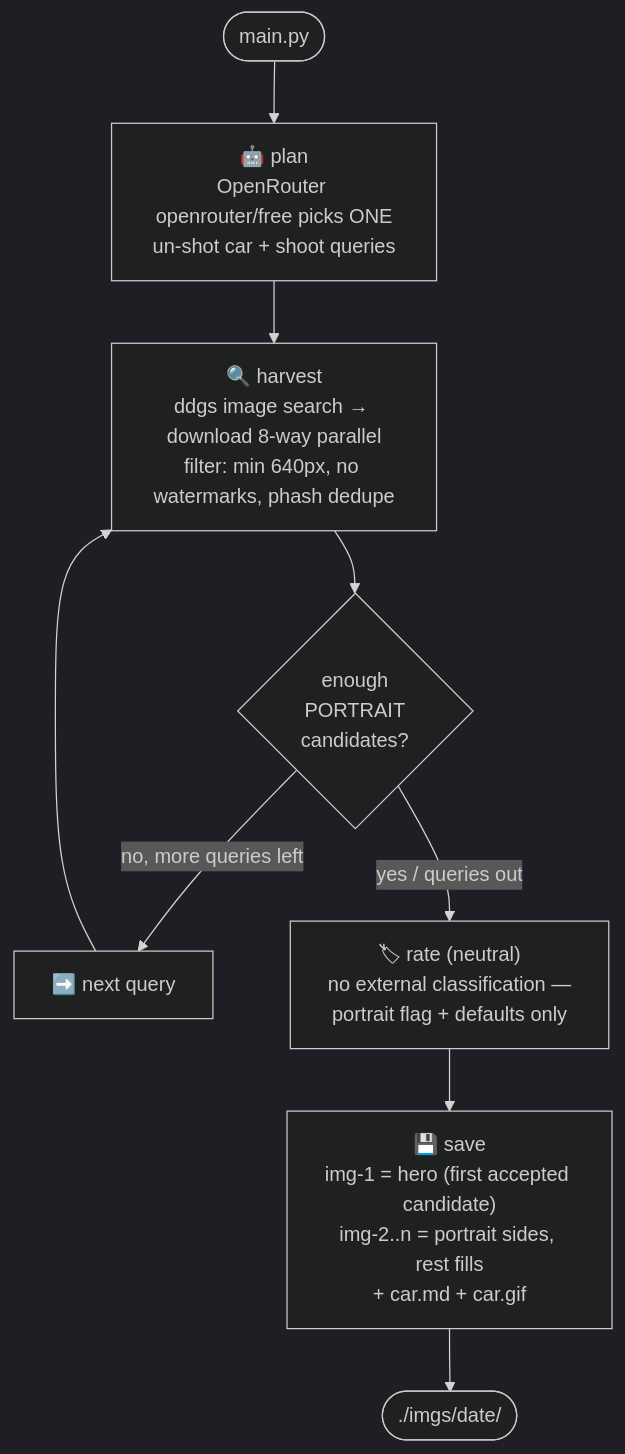
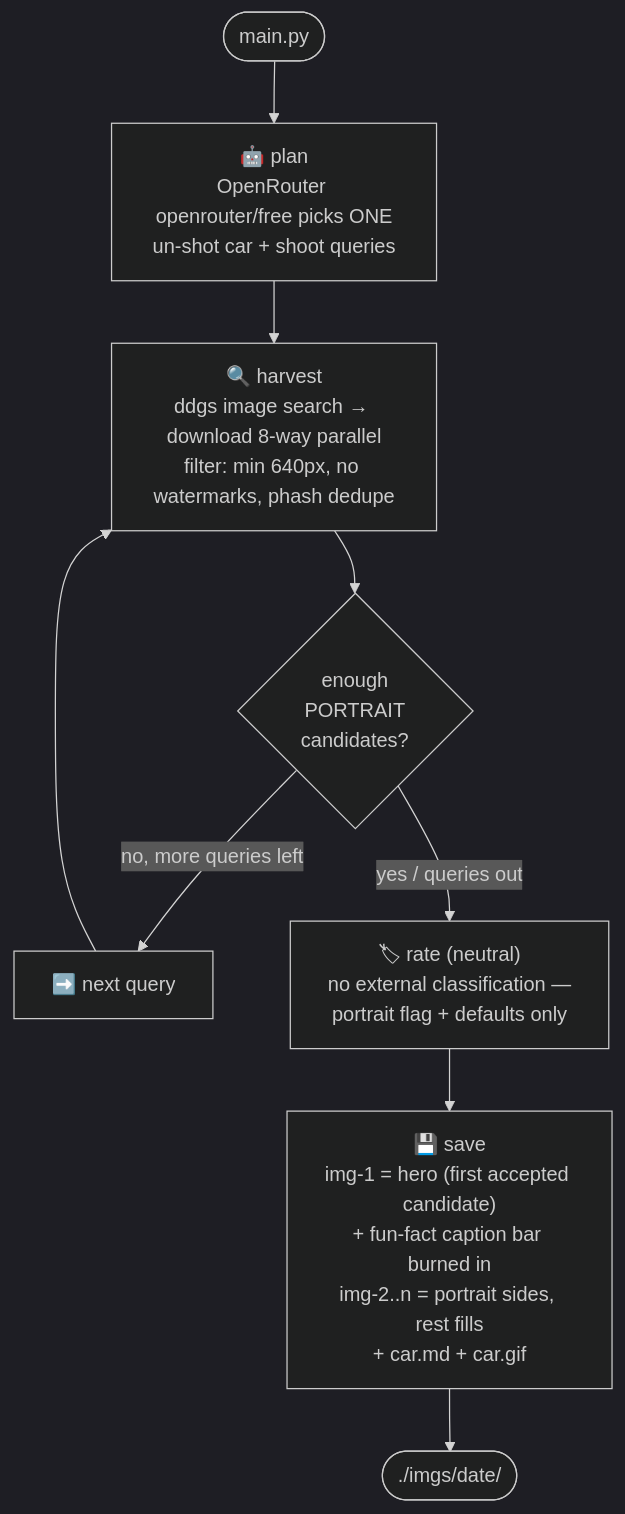
The first of 4 diagrams in README.md (Abdulhadi446/image-collector), drawn with Mermaid (dark theme) before and after one commit. The commit also changed other lines of this file and 4 other files, not shown here.

Commit message:
Add fun-fact caption bar on img-1; re-ask model on duplicate car pick and quit if the API is down (no random fallback)

````diff
--- a/README.md
+++ b/README.md
@@ -16,10 +16,10 @@
 ```mermaid
 flowchart TD
     START([main.py]) --> plan["🤖 plan<br/>OpenRouter openrouter/free picks ONE<br/>un-shot car + shoot queries"]
     plan --> harvest["🔍 harvest<br/>ddgs image search → download 8-way parallel<br/>filter: min 640px, no watermarks, phash dedupe"]
     harvest --> route{"enough<br/>PORTRAIT<br/>candidates?"}
     route -- "no, more queries left" --> advance["➡️ next query"] --> harvest
     route -- "yes / queries out" --> rate["🏷 rate (neutral)<br/>no external classification —<br/>portrait flag + defaults only"]
-    rate --> save["💾 save<br/>img-1 = hero (first accepted candidate)<br/>img-2..n = portrait sides, rest fills<br/>+ car.md + car.gif"]
+    rate --> save["💾 save<br/>img-1 = hero (first accepted candidate)<br/>+ fun-fact caption bar burned in<br/>img-2..n = portrait sides, rest fills<br/>+ car.md + car.gif"]
     save --> END([./imgs/date/])
 ```
````
